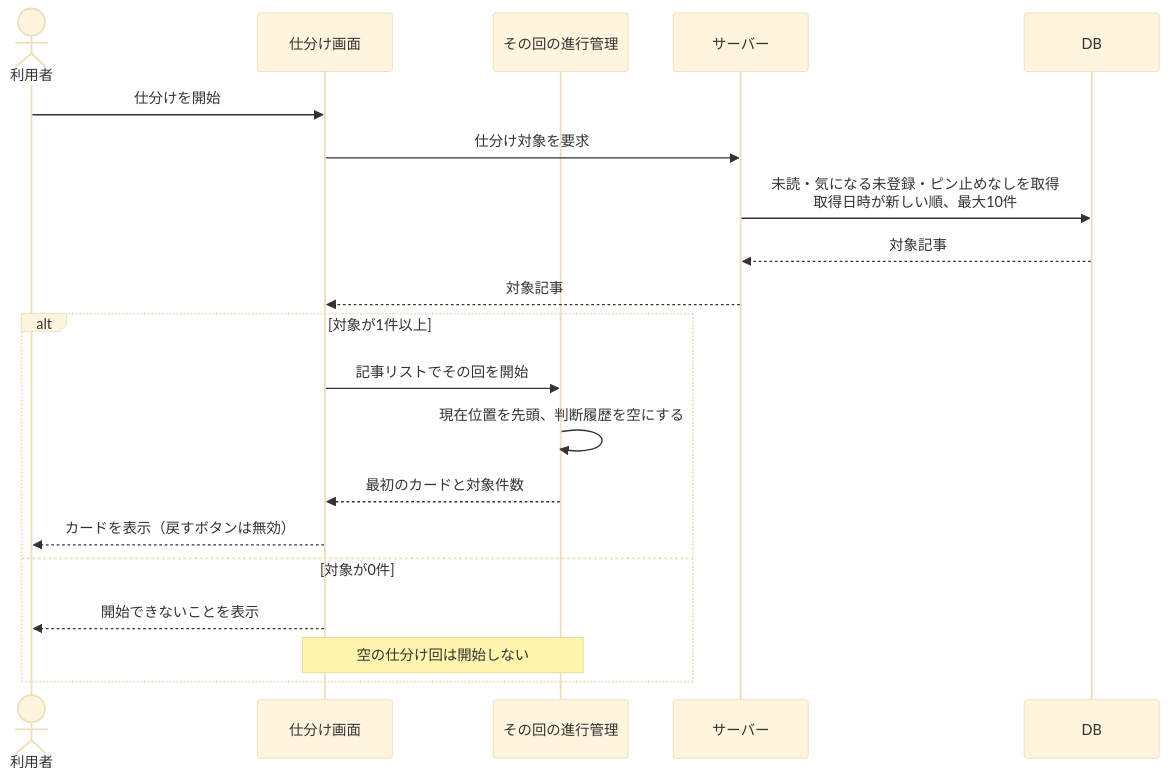
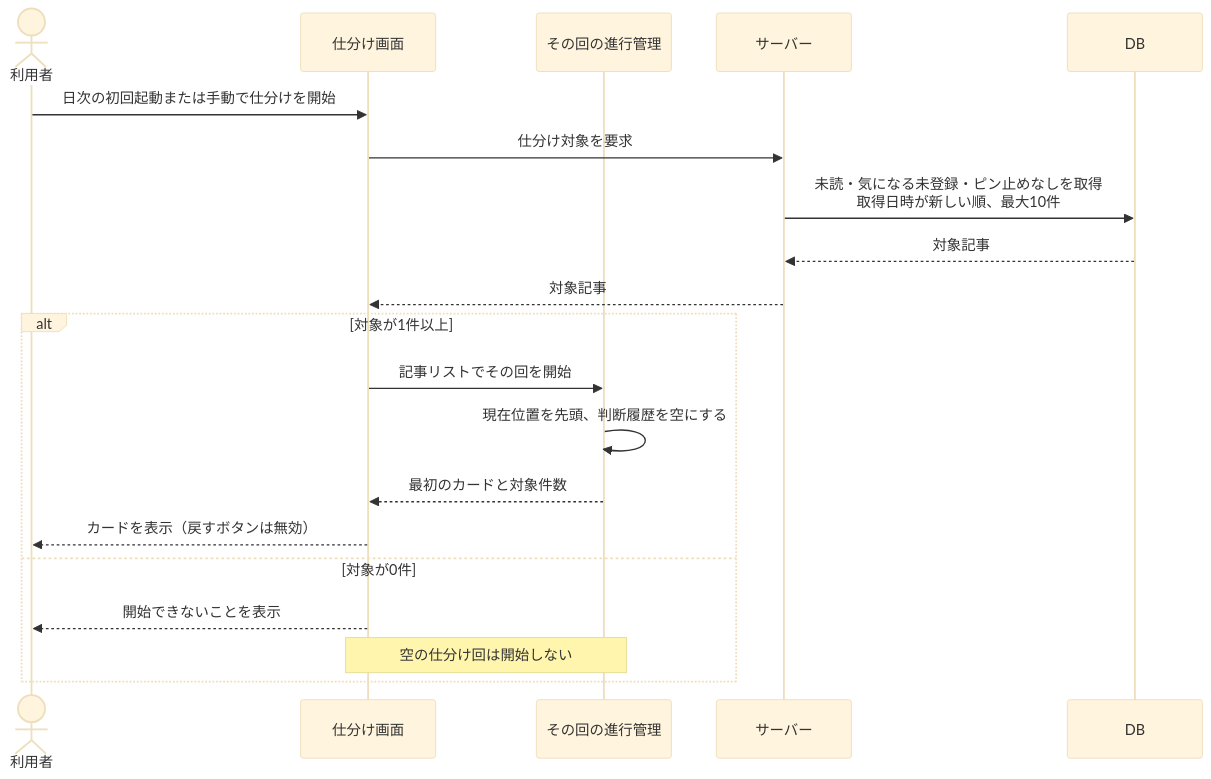
Before and after one commit to BeppuKanato/it-discovery: the first of 5 diagrams in docs/sequences.md, drawn with Mermaid (base theme). The commit also changed other lines of this file and 7 other files, not shown here.

````diff
--- a/docs/sequences.md
+++ b/docs/sequences.md
@@ -32,24 +32,24 @@
 ```mermaid
 sequenceDiagram
     actor User as 利用者
     participant View as 仕分け画面
     participant Session as その回の進行管理
     participant Server as サーバー
     participant DB as DB
 
-    User->>View: 仕分けを開始
+    User->>View: 日次の初回起動または手動で仕分けを開始
     View->>Server: 仕分け対象を要求
     Server->>DB: 未読・気になる未登録・ピン止めなしを取得<br/>取得日時が新しい順、最大10件
     DB-->>Server: 対象記事
     Server-->>View: 対象記事
 
     alt 対象が1件以上
         View->>Session: 記事リストでその回を開始
         Session->>Session: 現在位置を先頭、判断履歴を空にする
         Session-->>View: 最初のカードと対象件数
         View-->>User: カードを表示（戻すボタンは無効）
     else 対象が0件
         View-->>User: 開始できないことを表示
         Note over View,Session: 空の仕分け回は開始しない
     end
 ```
````
